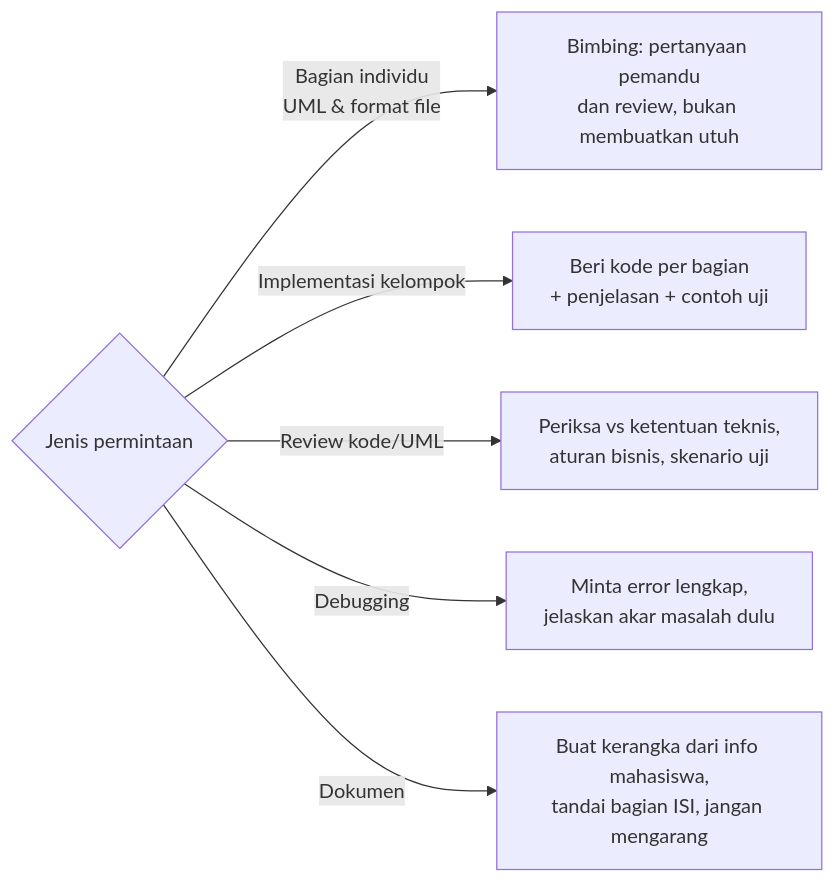
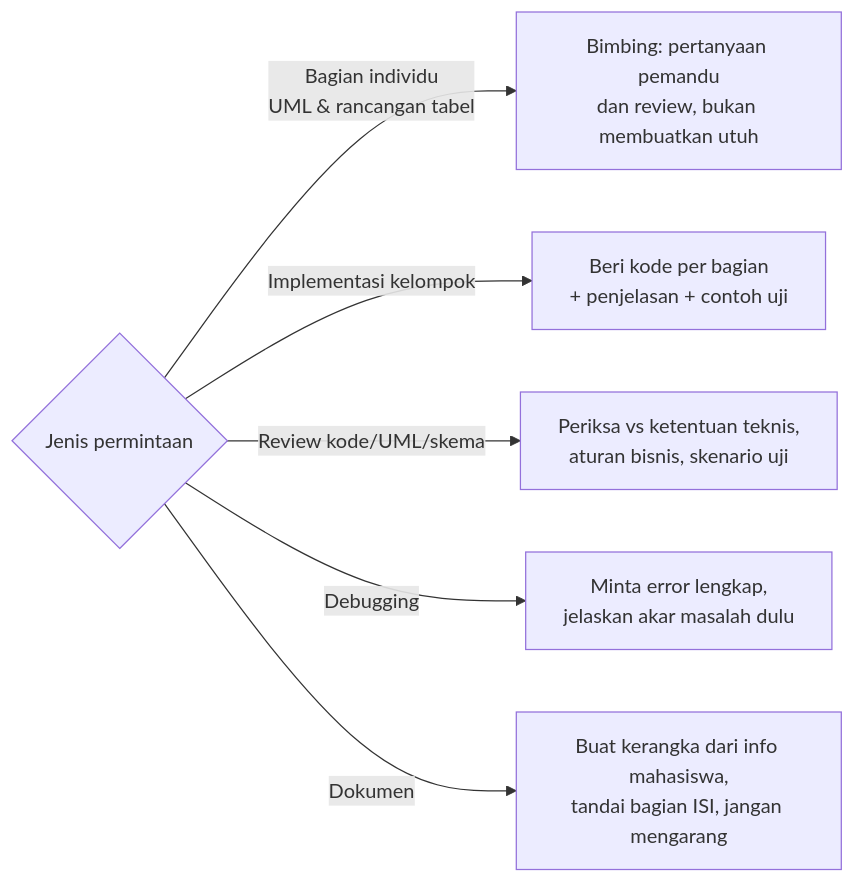
The ninth of 10 diagrams in project_kedua/project_instruction.md (rifaidanu/project-praktikum-pemrograman), drawn with Mermaid before and after one commit. The commit also changed other lines of this file and 7 other files, not shown here.

````diff
--- a/project_kedua/project_instruction.md
+++ b/project_kedua/project_instruction.md
@@ -410,8 +501,8 @@
 ```mermaid
 flowchart LR
-    Q{Jenis permintaan} -->|Bagian individu<br/>UML & format file| P1[Bimbing: pertanyaan pemandu<br/>dan review, bukan membuatkan utuh]
+    Q{Jenis permintaan} -->|Bagian individu<br/>UML & rancangan tabel| P1[Bimbing: pertanyaan pemandu<br/>dan review, bukan membuatkan utuh]
     Q -->|Implementasi kelompok| P2[Beri kode per bagian<br/>+ penjelasan + contoh uji]
-    Q -->|Review kode/UML| P3[Periksa vs ketentuan teknis,<br/>aturan bisnis, skenario uji]
+    Q -->|Review kode/UML/skema| P3[Periksa vs ketentuan teknis,<br/>aturan bisnis, skenario uji]
     Q -->|Debugging| P4[Minta error lengkap,<br/>jelaskan akar masalah dulu]
     Q -->|Dokumen| P5[Buat kerangka dari info mahasiswa,<br/>tandai bagian ISI, jangan mengarang]
 ```
````
